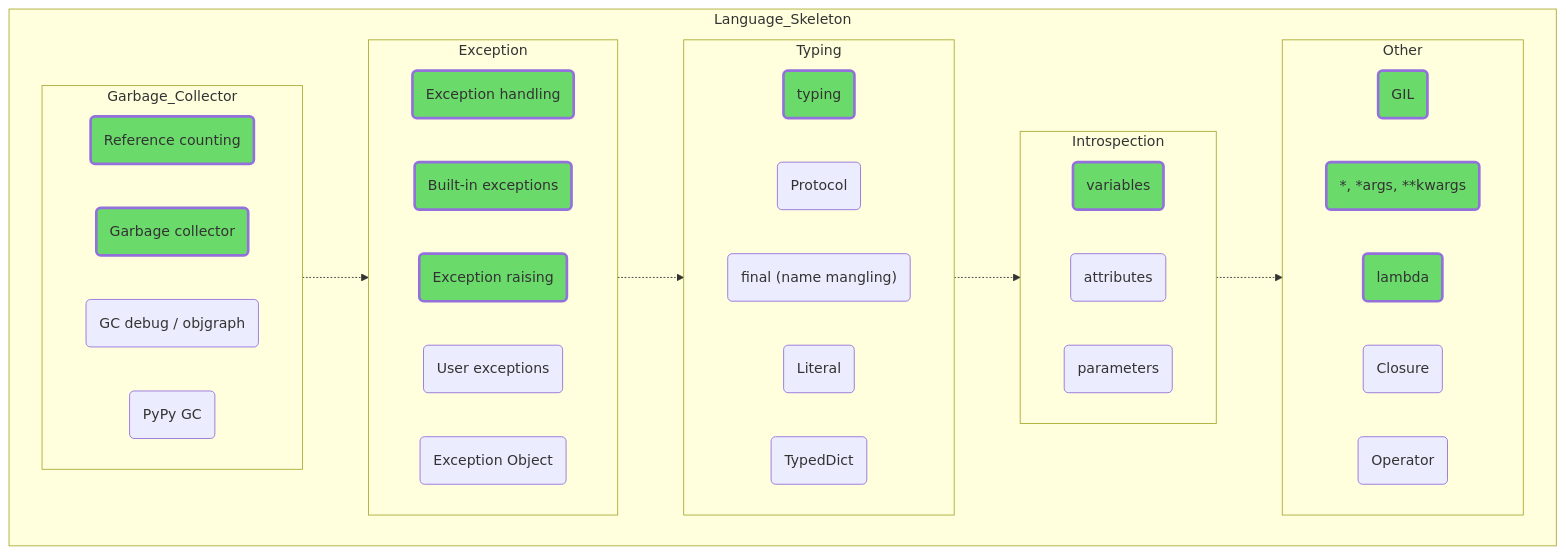
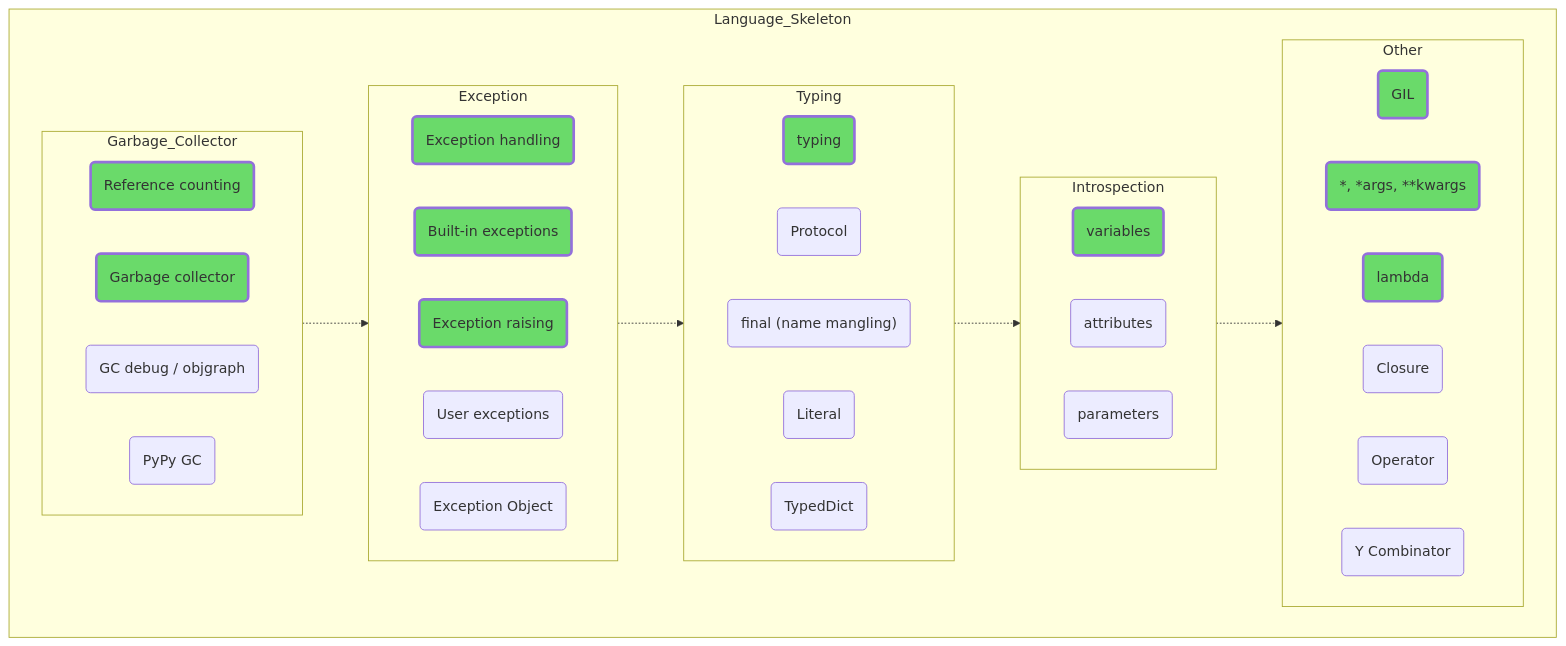
Before and after one commit to amaargiru/pyroad: the diagram in 05_Language_Skeleton.md, drawn with Mermaid. The commit also changed 15 other files, not shown here.

````diff
--- a/05_Language_Skeleton.md
+++ b/05_Language_Skeleton.md
@@ -5,64 +5,65 @@
 ```mermaid
 flowchart TD
 
 subgraph Language_Skeleton
 direction LR
 Garbage_Collector -.-> Exception -.-> Typing -.-> Introspection -.-> Other
 
 subgraph Garbage_Collector
 direction LR
 reference_counting("Reference counting")
 garbage_collector("Garbage collector")
 debug_objgraph("GC debug / objgraph")
 pypygc("PyPy GC")
 end
 
 subgraph Exception
 direction LR
 exception_handling("Exception handling")
 built_in_exceptions("Built-in exceptions")
 exception_raising("Exception raising")
 user_exception("User exceptions")
 exception_object("Exception Object")
 end
 
 subgraph Typing
 direction LR
 typing_loc(typing)
 Protocol(Protocol)
 final("final (name mangling)")
 Literal(Literal)
 TypedDict(TypedDict)
 end
 
 subgraph Introspection
 direction LR
 variables(variables)
 attributes(attributes)
 parameters(parameters)
 end
 
 subgraph Other
 direction LR
 GIL(GIL)
 args_kwargs("*, *args, **kwargs")
 lambda(lambda)
 Closure(Closure)
 Operator(Operator)
+YCombinator("Y Combinator")
 end
 
 end
 
 classDef trainee fill:#6ADA6A, stroke-width:3px
 
 class reference_counting trainee;
 class garbage_collector trainee;
 class exception_handling trainee;
 class built_in_exceptions trainee;
 class exception_raising trainee;
 class typing_loc trainee;
 class variables trainee;
 class GIL trainee;
 class args_kwargs trainee;
 class lambda trainee;
 ```
````
